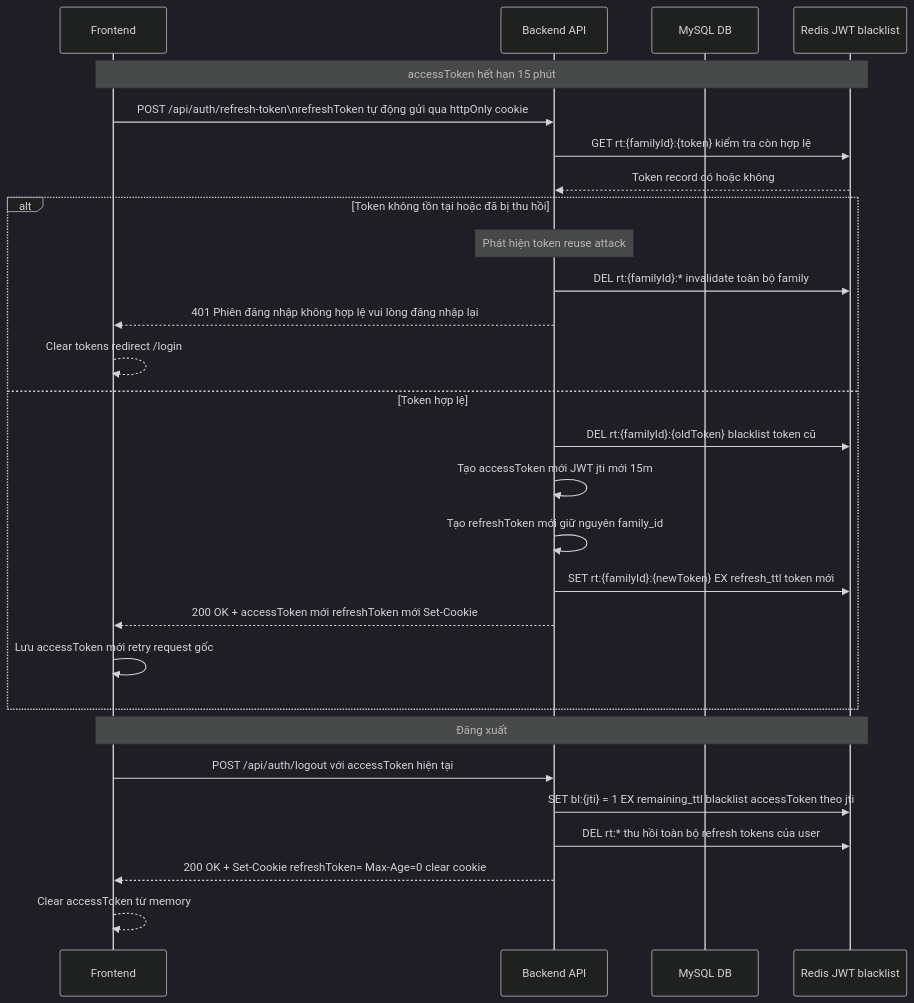
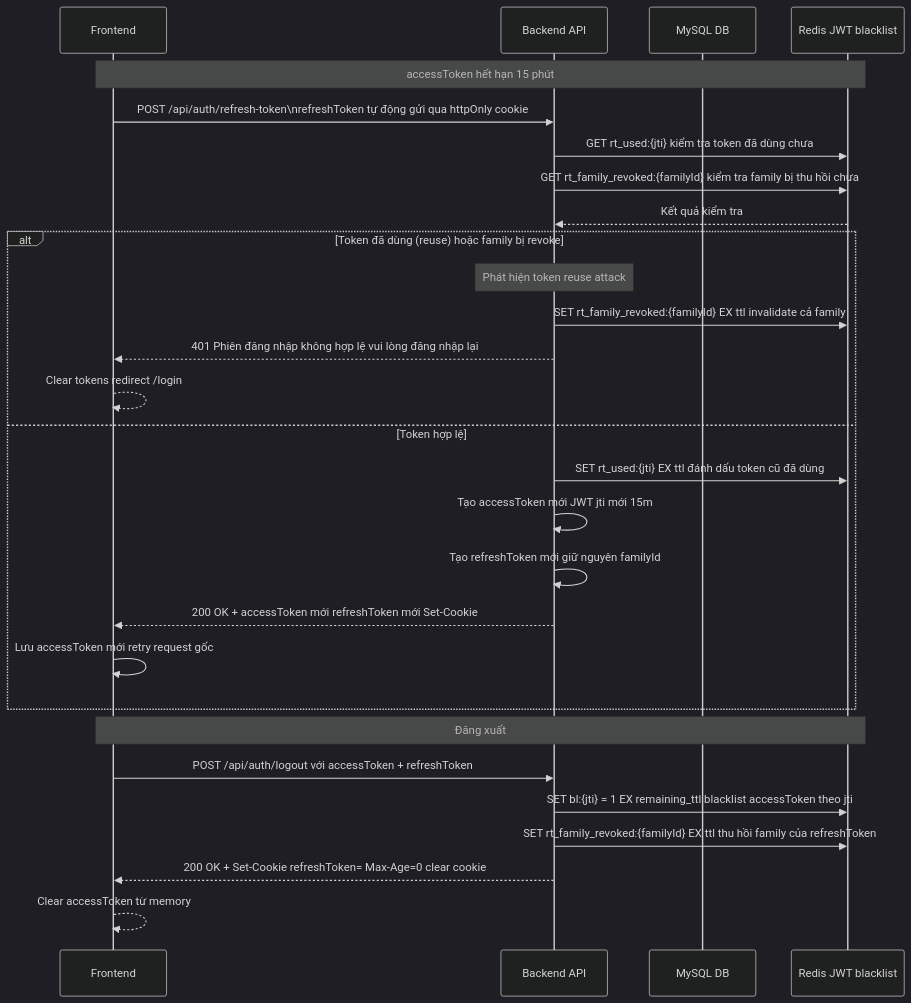
Before and after one commit to MinhThang1009/E-commerce-website: diagram 17 of 29 in DIAGRAMS.md, drawn with Mermaid (dark theme). The commit also changed other lines of this file, not shown here.

Commit message:
docs: sửa sai endpoints, logic auth, Redis keys theo code thực tế

````diff
--- a/DIAGRAMS.md
+++ b/DIAGRAMS.md
@@ -810,35 +807,35 @@
 ```mermaid
 sequenceDiagram
     participant FE as Frontend
     participant API as Backend API
     participant DB as MySQL DB
     participant Redis as Redis JWT blacklist
 
     Note over FE,Redis: accessToken hết hạn 15 phút
 
     FE->>API: POST /api/auth/refresh-token\nrefreshToken tự động gửi qua httpOnly cookie
-    API->>Redis: GET rt:{familyId}:{token} kiểm tra còn hợp lệ
-    Redis-->>API: Token record có hoặc không
+    API->>Redis: GET rt_used:{jti} kiểm tra token đã dùng chưa
+    API->>Redis: GET rt_family_revoked:{familyId} kiểm tra family bị thu hồi chưa
+    Redis-->>API: Kết quả kiểm tra
 
-    alt Token không tồn tại hoặc đã bị thu hồi
+    alt Token đã dùng (reuse) hoặc family bị revoke
         Note over API: Phát hiện token reuse attack
-        API->>Redis: DEL rt:{familyId}:* invalidate toàn bộ family
+        API->>Redis: SET rt_family_revoked:{familyId} EX ttl invalidate cả family
         API-->>FE: 401 Phiên đăng nhập không hợp lệ vui lòng đăng nhập lại
         FE-->>FE: Clear tokens redirect /login
     else Token hợp lệ
-        API->>Redis: DEL rt:{familyId}:{oldToken} blacklist token cũ
+        API->>Redis: SET rt_used:{jti} EX ttl đánh dấu token cũ đã dùng
         API->>API: Tạo accessToken mới JWT jti mới 15m
-        API->>API: Tạo refreshToken mới giữ nguyên family_id
-        API->>Redis: SET rt:{familyId}:{newToken} EX refresh_ttl token mới
+        API->>API: Tạo refreshToken mới giữ nguyên familyId
         API-->>FE: 200 OK + accessToken mới refreshToken mới Set-Cookie
         FE->>FE: Lưu accessToken mới retry request gốc
     end
 
     Note over FE,Redis: Đăng xuất
 
-    FE->>API: POST /api/auth/logout với accessToken hiện tại
+    FE->>API: POST /api/auth/logout với accessToken + refreshToken
     API->>Redis: SET bl:{jti} = 1 EX remaining_ttl blacklist accessToken theo jti
-    API->>Redis: DEL rt:* thu hồi toàn bộ refresh tokens của user
+    API->>Redis: SET rt_family_revoked:{familyId} EX ttl thu hồi family của refreshToken
     API-->>FE: 200 OK + Set-Cookie refreshToken= Max-Age=0 clear cookie
     FE-->>FE: Clear accessToken từ memory
 ```
````
